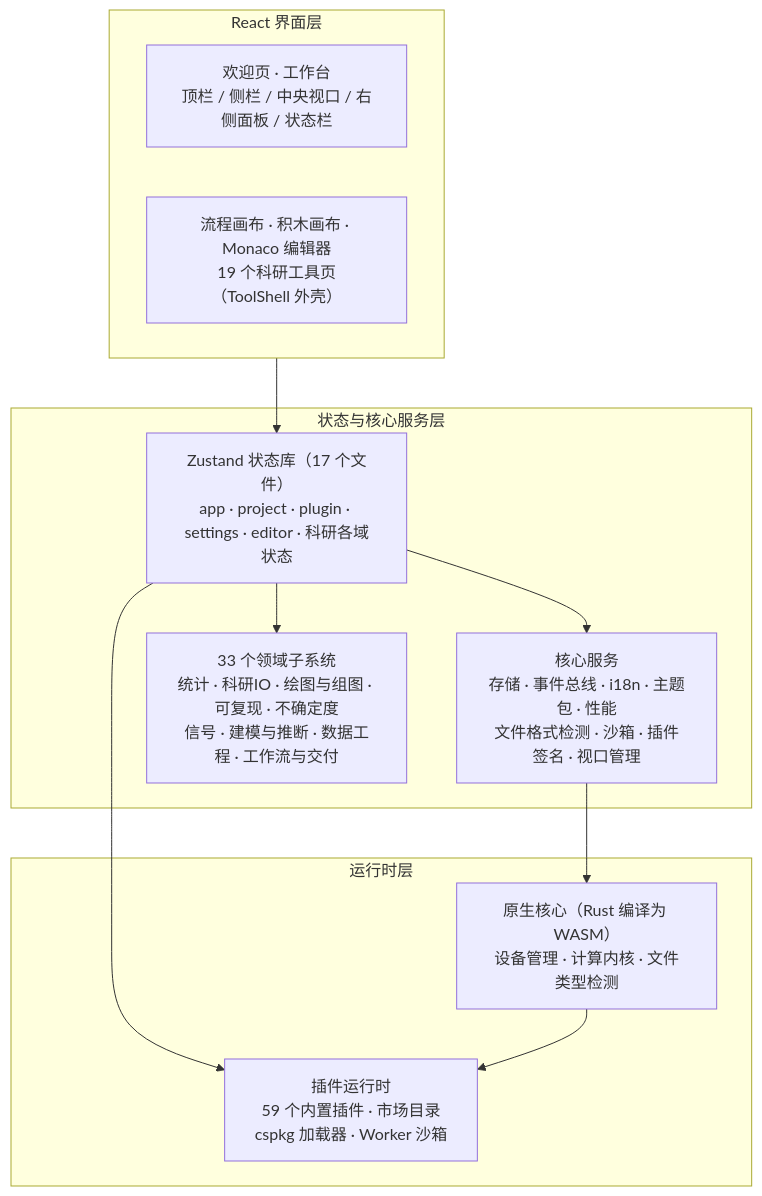
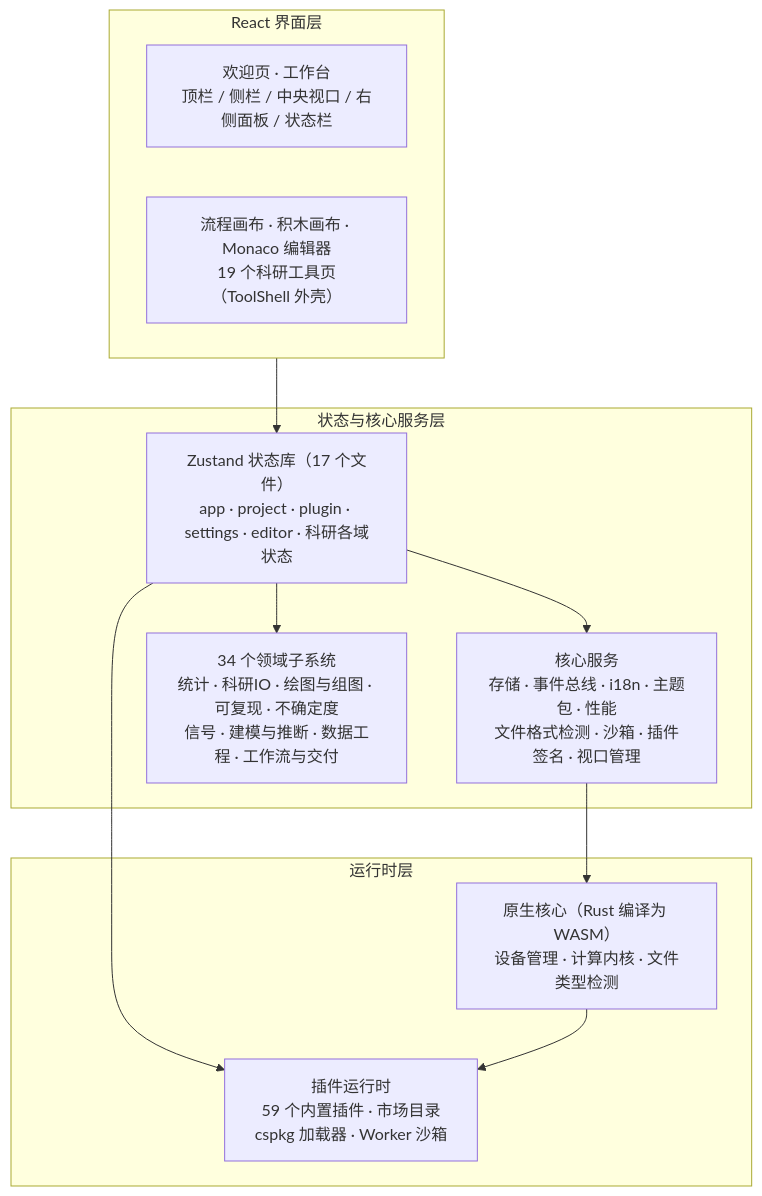
Before and after one commit to SnowLeopard-io/ErgalicsStudio: the second of 3 diagrams in docs/technical/01-产品介绍.md, drawn with Mermaid. The commit also changed other lines of this file and 23 other files, not shown here.

````diff
--- a/docs/technical/01-产品介绍.md
+++ b/docs/technical/01-产品介绍.md
@@ -100,22 +100,22 @@
 ```mermaid
 flowchart TB
     subgraph UI["React 界面层"]
         A1["欢迎页 · 工作台<br/>顶栏 / 侧栏 / 中央视口 / 右侧面板 / 状态栏"]
         A2["流程画布 · 积木画布 · Monaco 编辑器<br/>19 个科研工具页（ToolShell 外壳）"]
     end
     subgraph State["状态与核心服务层"]
         B1["Zustand 状态库（17 个文件）<br/>app · project · plugin · settings · editor · 科研各域状态"]
         B2["核心服务<br/>存储 · 事件总线 · i18n · 主题包 · 性能<br/>文件格式检测 · 沙箱 · 插件签名 · 视口管理"]
-        B3["33 个领域子系统<br/>统计 · 科研IO · 绘图与组图 · 可复现 · 不确定度<br/>信号 · 建模与推断 · 数据工程 · 工作流与交付"]
+        B3["34 个领域子系统<br/>统计 · 科研IO · 绘图与组图 · 可复现 · 不确定度<br/>信号 · 建模与推断 · 数据工程 · 工作流与交付"]
     end
     subgraph Runtime["运行时层"]
         C1["插件运行时<br/>59 个内置插件 · 市场目录<br/>cspkg 加载器 · Worker 沙箱"]
         C2["原生核心（Rust 编译为 WASM）<br/>设备管理 · 计算内核 · 文件类型检测"]
     end
     UI --> B1
     B1 --> B2
     B1 --> B3
     B1 --> C1
     B2 --> C2
     C2 --> C1
 ```
````
